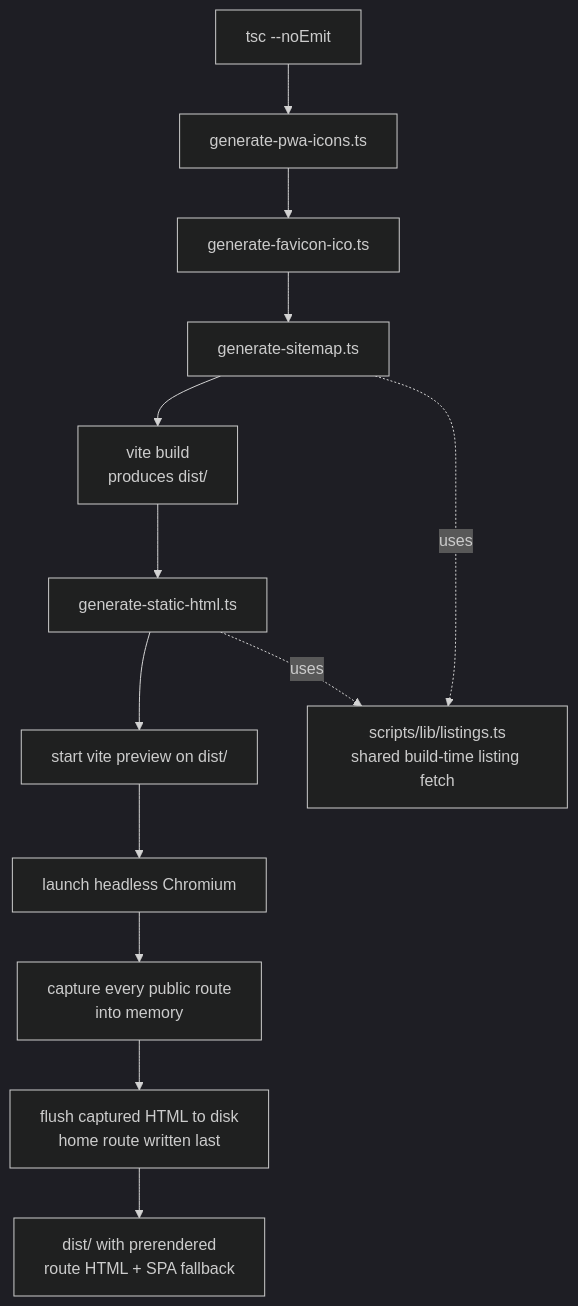
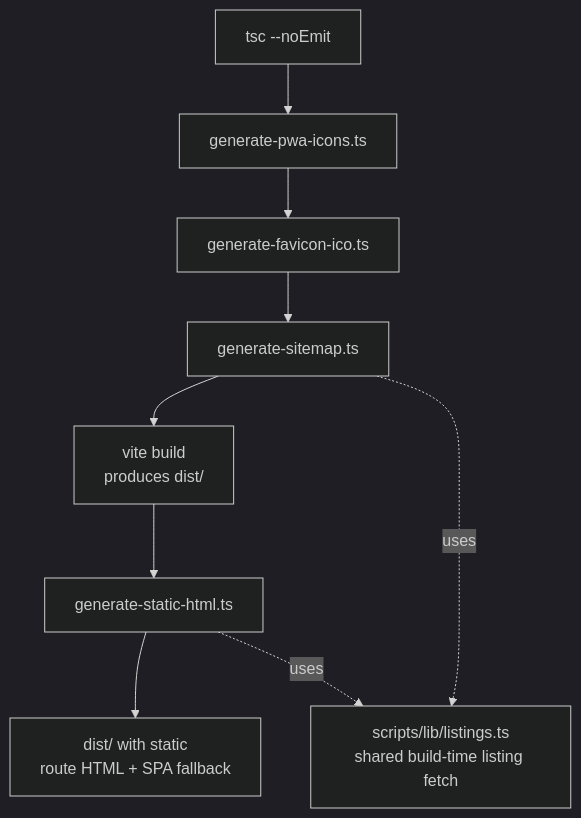
One commit to 360ghar/360-flatmates-web changed the diagram in .wiki/features/seo-prerendering.md. Above: the diagram before and after it, drawn with Mermaid (dark theme). The commit also changed other lines of this file and 8 other files, not shown here.

````diff
--- a/.wiki/features/seo-prerendering.md
+++ b/.wiki/features/seo-prerendering.md
@@ -59,16 +59,12 @@
 ```mermaid
 flowchart TD
     A["tsc --noEmit"] --> B["generate-pwa-icons.ts"]
     B --> D["generate-favicon-ico.ts"]
     D --> E["generate-sitemap.ts"]
     E --> F["vite build\nproduces dist/"]
     F --> G["generate-static-html.ts"]
-    G --> G1["start vite preview on dist/"]
-    G1 --> G2["launch headless Chromium"]
-    G2 --> G3["capture every public route\ninto memory"]
-    G3 --> G4["flush captured HTML to disk\nhome route written last"]
-    G4 --> H["dist/ with prerendered\nroute HTML + SPA fallback"]
+    G --> H["dist/ with static\nroute HTML + SPA fallback"]
 
     E -.uses.-> L["scripts/lib/listings.ts\nshared build-time listing fetch"]
     G -.uses.-> L
 ```
````
